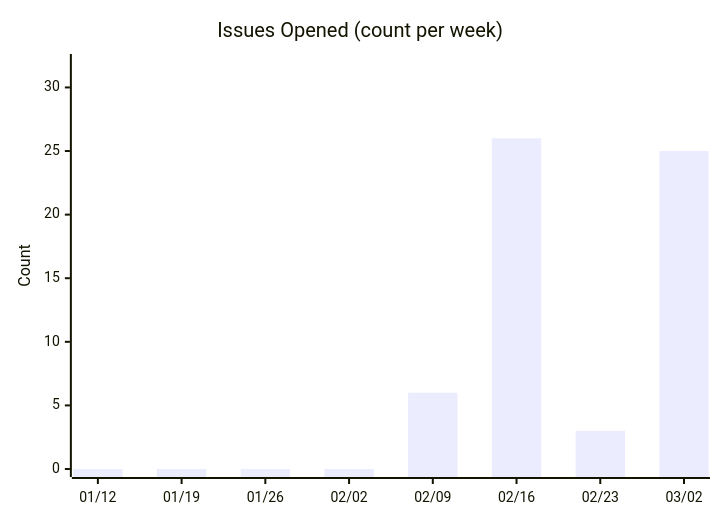
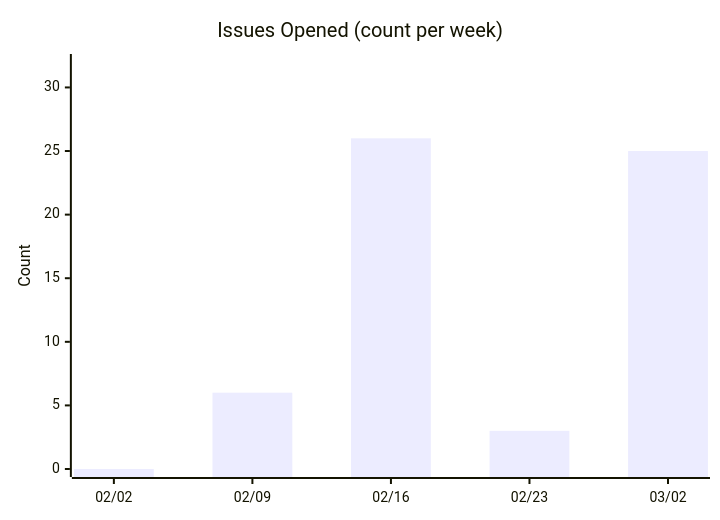
The fifth of 13 diagrams in docs/metrics.md (nablarch/nabledge-dev), drawn with Mermaid before and after one commit. The commit also changed other lines of this file and 2 other files, not shown here.

First line of the commit message:
feat: simplify DORA scorecard table and start charts from first commit

````diff
--- a/docs/metrics.md
+++ b/docs/metrics.md
@@ -65,7 +66,7 @@
 ```mermaid
 xychart-beta
   title "Issues Opened (count per week)"
-  x-axis ["01/12", "01/19", "01/26", "02/02", "02/09", "02/16", "02/23", "03/02"]
+  x-axis ["02/02", "02/09", "02/16", "02/23", "03/02"]
   y-axis "Count" 0 --> 32
-  bar [0, 0, 0, 0, 6, 26, 3, 25]
+  bar [0, 6, 26, 3, 25]
 ```
````
